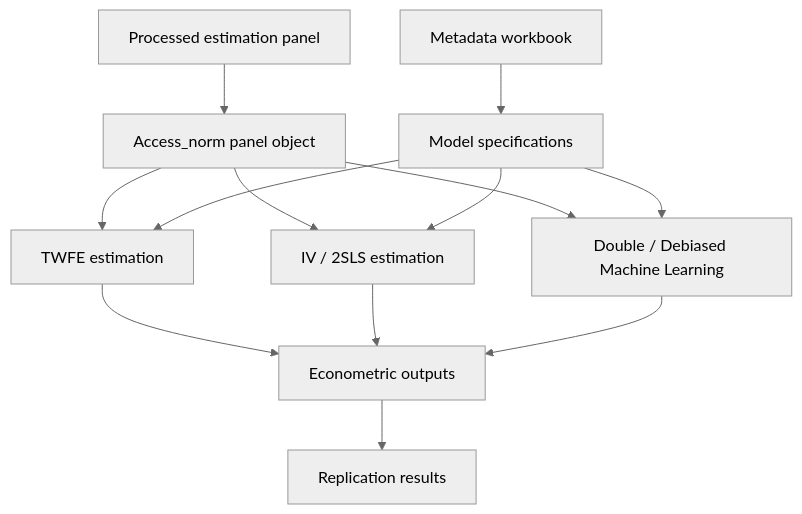
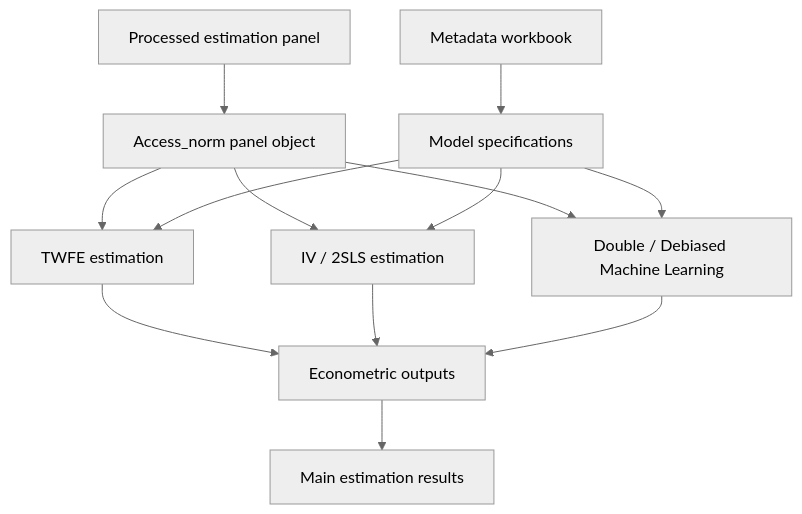
One commit to gmonturano/Fuel-Costs-and-Spatial-Rail-Accessibility changed the diagram in README.md. Above: the diagram before and after it, drawn with Mermaid (neutral theme). The commit also changed other lines of this file, not shown here.

````diff
--- a/README.md
+++ b/README.md
@@ -34,19 +100,19 @@
 ```mermaid
 flowchart TD
-    A[Processed estimation panel] --> B[Access_norm panel object]
-    C[Metadata workbook] --> D[Model specifications]
+    A["Processed estimation panel"] --> B["Access_norm panel object"]
+    C["Metadata workbook"] --> D["Model specifications"]
 
-    B --> E1[TWFE estimation]
-    B --> E2[IV / 2SLS estimation]
-    B --> E3[Double / Debiased Machine Learning]
+    B --> E1["TWFE estimation"]
+    B --> E2["IV / 2SLS estimation"]
+    B --> E3["Double / Debiased Machine Learning"]
 
     D --> E1
     D --> E2
     D --> E3
 
-    E1 --> F[Econometric outputs]
+    E1 --> F["Econometric outputs"]
     E2 --> F
     E3 --> F
 
-    F --> G[Replication results]
+    F --> G["Main estimation results"]
 ```
````
